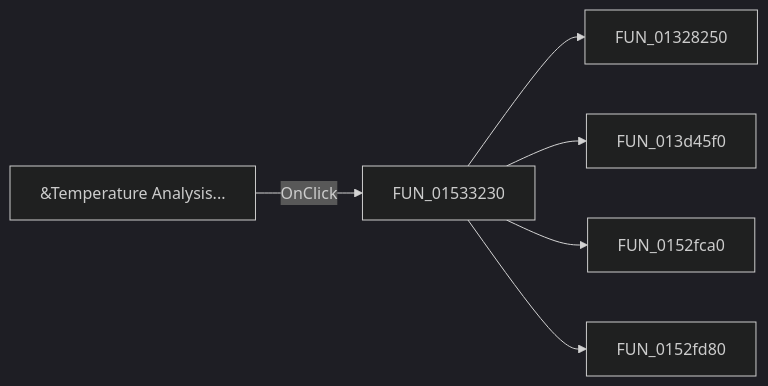
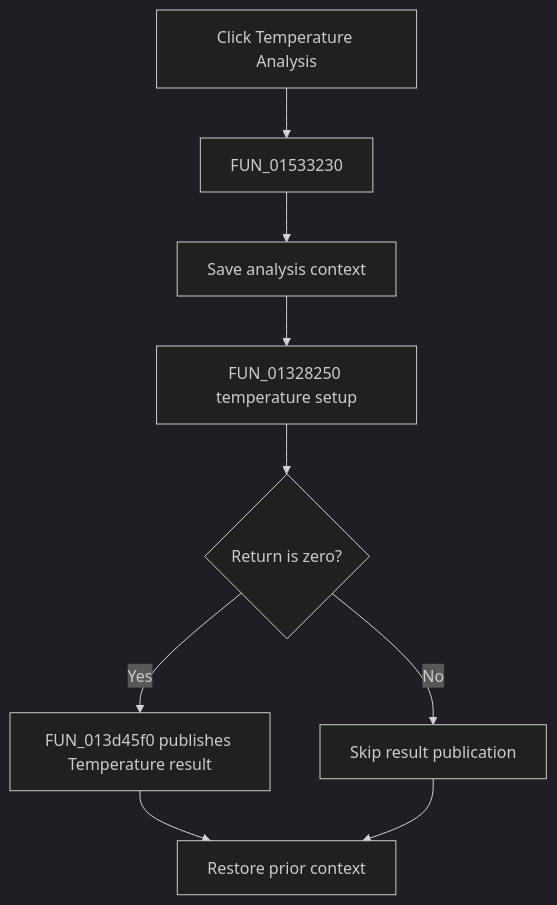
One commit to MovGP0/TIARA changed the diagram in docs/ui-controls/netlisteditor/mitemperatureanalysis-b3833c37a4.md. Above: the diagram before and after it, drawn with Mermaid (dark theme). The commit also changed other lines of this file and 1062 other files, not shown here.

````diff
--- a/docs/ui-controls/netlisteditor/mitemperatureanalysis-b3833c37a4.md
+++ b/docs/ui-controls/netlisteditor/mitemperatureanalysis-b3833c37a4.md
@@ -27,8 +29,11 @@
 ```mermaid
-flowchart LR
-    control["&Temperature Analysis..."] -->|OnClick| handler["FUN_01533230"]
-    handler --> call1["FUN_01328250"]
-    handler --> call2["FUN_013d45f0"]
-    handler --> call3["FUN_0152fca0"]
-    handler --> call4["FUN_0152fd80"]
+flowchart TD
+    control["Click Temperature Analysis"] --> handler["FUN_01533230"]
+    handler --> prepare["Save analysis context"]
+    prepare --> setup["FUN_01328250 temperature setup"]
+    setup --> zero{"Return is zero?"}
+    zero -->|Yes| publish["FUN_013d45f0 publishes Temperature result"]
+    zero -->|No| skip["Skip result publication"]
+    publish --> restore["Restore prior context"]
+    skip --> restore
 ```
````
